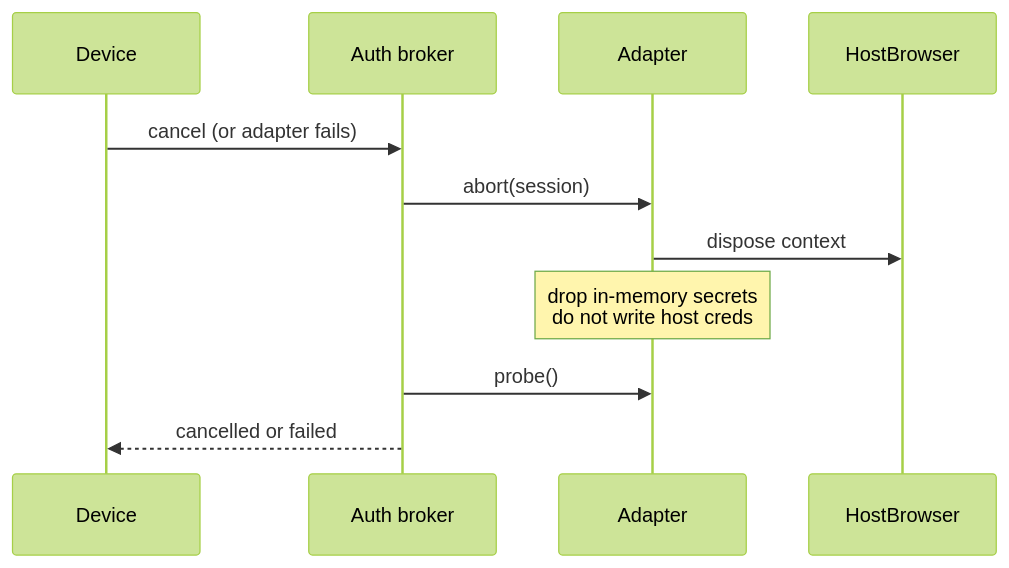
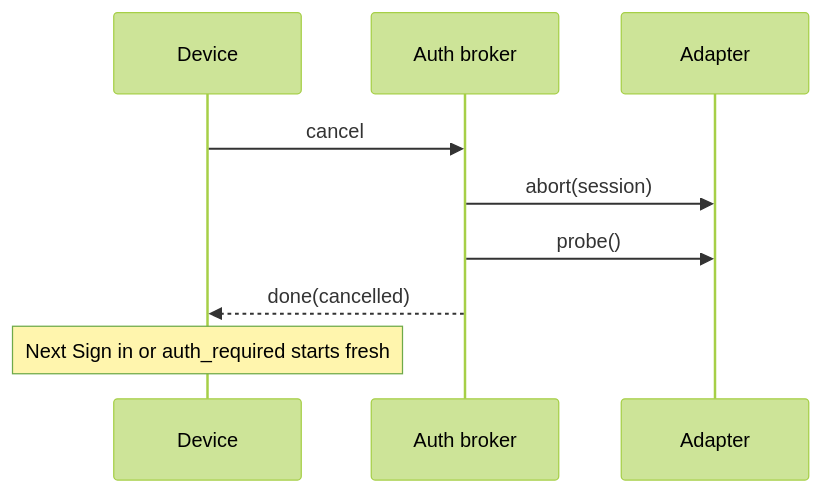
Before and after one commit to codenamegary/harold: the seventh of 7 diagrams in docs/adr/0004-agent-auth-broker.md, drawn with Mermaid (forest theme). The commit also changed other lines of this file and 1 other file, not shown here.

````diff
--- a/docs/adr/0004-agent-auth-broker.md
+++ b/docs/adr/0004-agent-auth-broker.md
@@ -265,14 +257,12 @@
 ```mermaid
 sequenceDiagram
   participant Device
   participant Broker as Auth broker
   participant Adapter
-  participant HB as HostBrowser
 
-  Device->>Broker: cancel (or adapter fails)
+  Device->>Broker: cancel
   Broker->>Adapter: abort(session)
-  Adapter->>HB: dispose context
-  Note over Adapter: drop in-memory secrets<br/>do not write host creds
   Broker->>Adapter: probe()
-  Broker-->>Device: cancelled or failed
+  Broker-->>Device: done(cancelled)
+  Note over Device: Next Sign in or auth_required starts fresh
 ```
````
